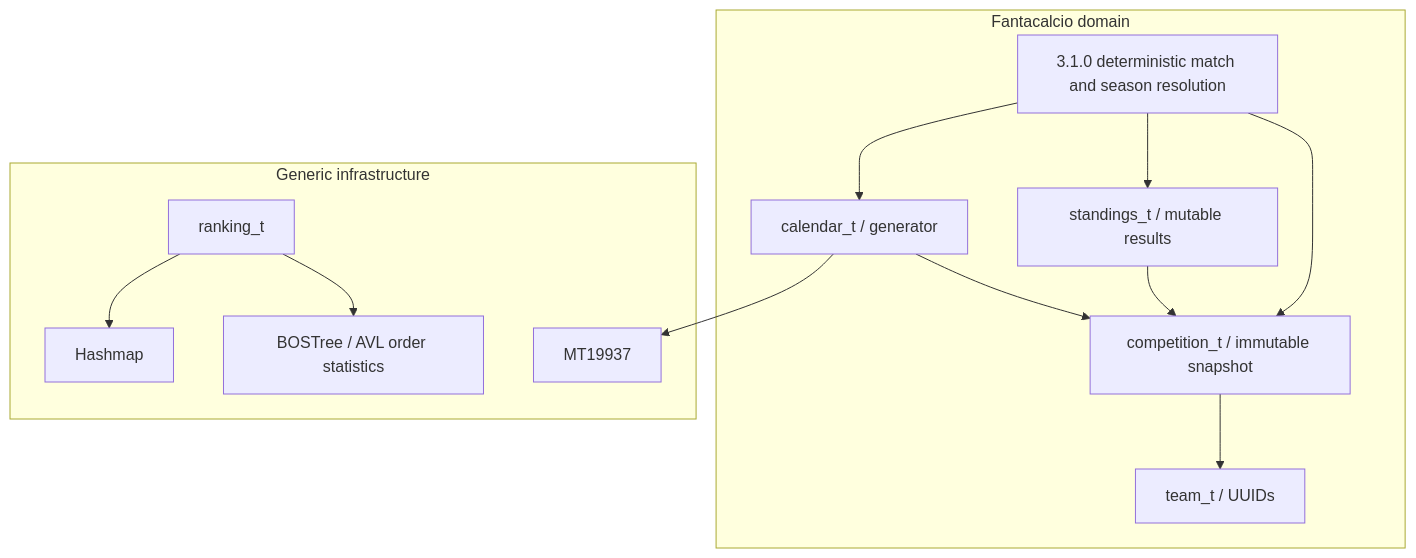
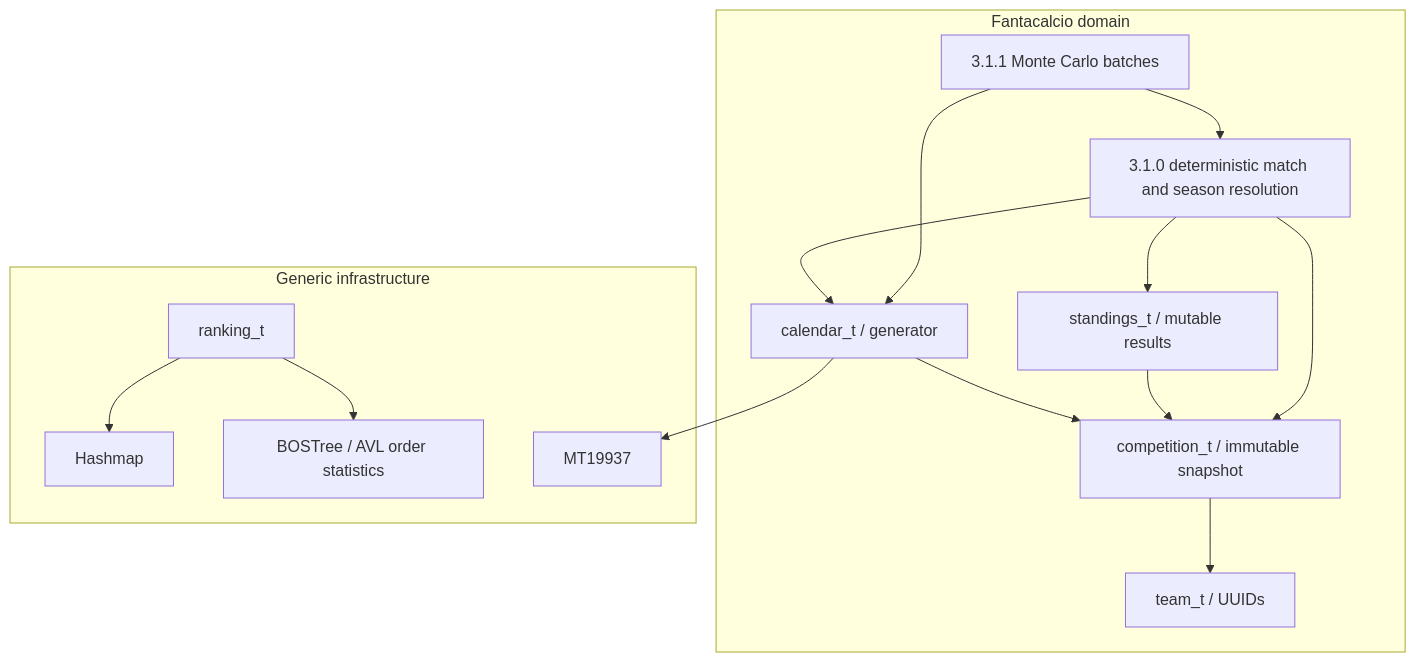
One commit to AlessVolpe/CentralRankingDogma changed the diagram in README.md. Above: the diagram before and after it, drawn with Mermaid. The commit also changed other lines of this file and 27 other files, not shown here.

Commit message:
feat(simulation): implement Monte Carlo engine and reproducible calendar experiments (#19)

````diff
--- a/README.md
+++ b/README.md
@@ -19,25 +19,28 @@
 ```mermaid
 flowchart TB
     subgraph DOMAIN["Fantacalcio domain"]
         TEAM["team_t / UUIDs"]
         COMP["competition_t / immutable snapshot"]
         CAL["calendar_t / generator"]
         ST["standings_t / mutable results"]
         MATCH["3.1.0 deterministic match and season resolution"]
         COMP --> TEAM
         CAL --> COMP
         ST --> COMP
         MATCH --> COMP
         MATCH --> CAL
         MATCH --> ST
+        MC["3.1.1 Monte Carlo batches"]
+        MC --> CAL
+        MC --> MATCH
     end
     subgraph CORE["Generic infrastructure"]
         HASH["Hashmap"]
         AVL["BOSTree / AVL order statistics"]
         RANK["ranking_t"]
         RNG["MT19937"]
         RANK --> HASH
         RANK --> AVL
     end
     CAL --> RNG
 ```
````
